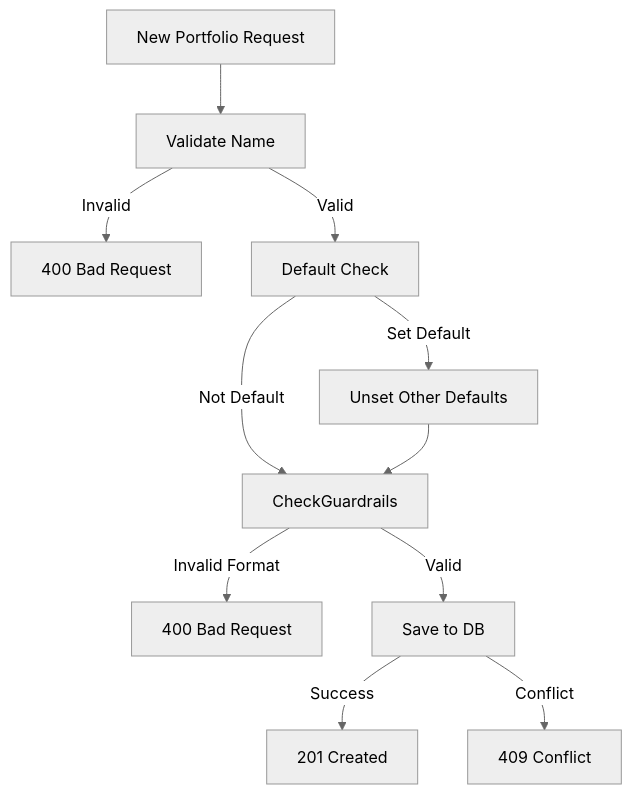
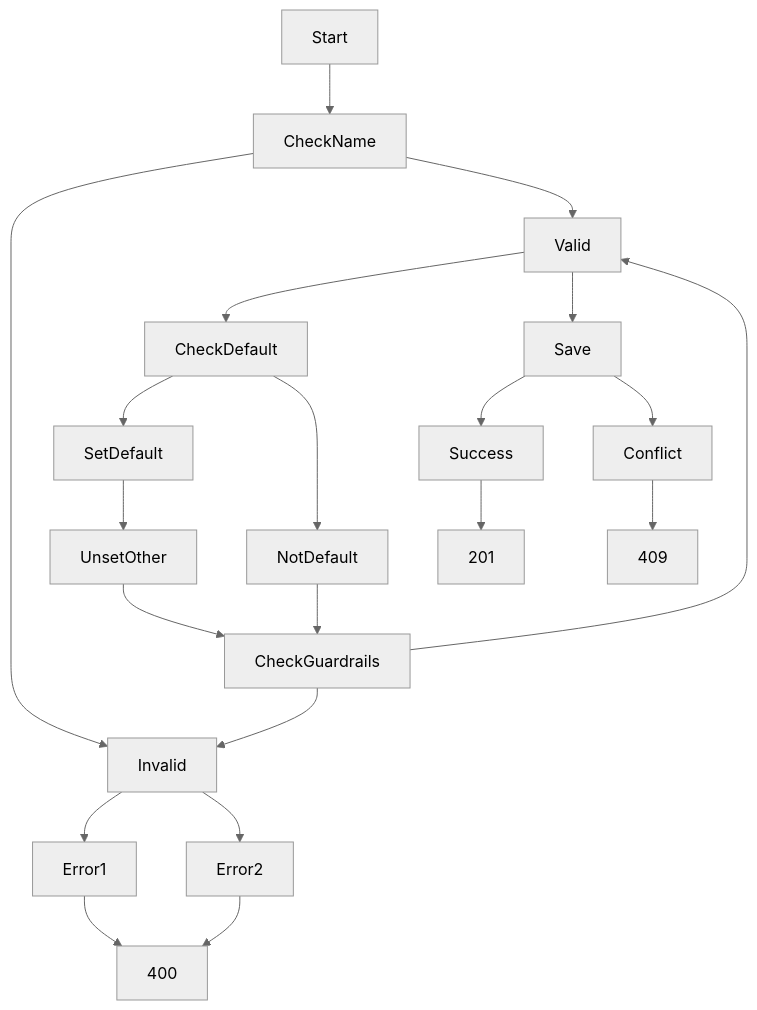
Before and after one commit to doitsu2014/crypto-pocket-butler: diagram 12 of 17 in docs/architecture/01-architecture-design.md, drawn with Mermaid (neutral theme). The commit also changed other lines of this file, not shown here.

Commit message:
docs: Fix Mermaid syntax errors for GitHub compatibility

````diff
--- a/docs/architecture/01-architecture-design.md
+++ b/docs/architecture/01-architecture-design.md
@@ -498,16 +331,17 @@
 ```mermaid
 flowchart TD
-    Start[New Portfolio Request] --> CheckName[Validate Name]
-    CheckName -->|Invalid| Error1[400 Bad Request]
-    CheckName -->|Valid| CheckDefault[Default Check]
-    
-    CheckDefault -->|Set Default| UnsetOther[Unset Other Defaults]
-    CheckDefault -->|Not Default| CheckGuardrails
-    
+    Start --> CheckName
+    CheckName --> Invalid --> Error1
+    CheckName --> Valid --> CheckDefault
+    CheckDefault --> SetDefault --> UnsetOther
+    CheckDefault --> NotDefault --> CheckGuardrails
     UnsetOther --> CheckGuardrails
-    CheckGuardrails -->|Invalid Format| Error2[400 Bad Request]
-    CheckGuardrails -->|Valid| Save[Save to DB]
-    
-    Save -->|Success| Success[201 Created]
-    Save -->|Conflict| Error3[409 Conflict]
+    CheckGuardrails --> Invalid --> Error2
+    CheckGuardrails --> Valid --> Save
+    Save --> Success
+    Save --> Conflict
+    Error1 --> 400
+    Error2 --> 400
+    Success --> 201
+    Conflict --> 409
 ```
````
